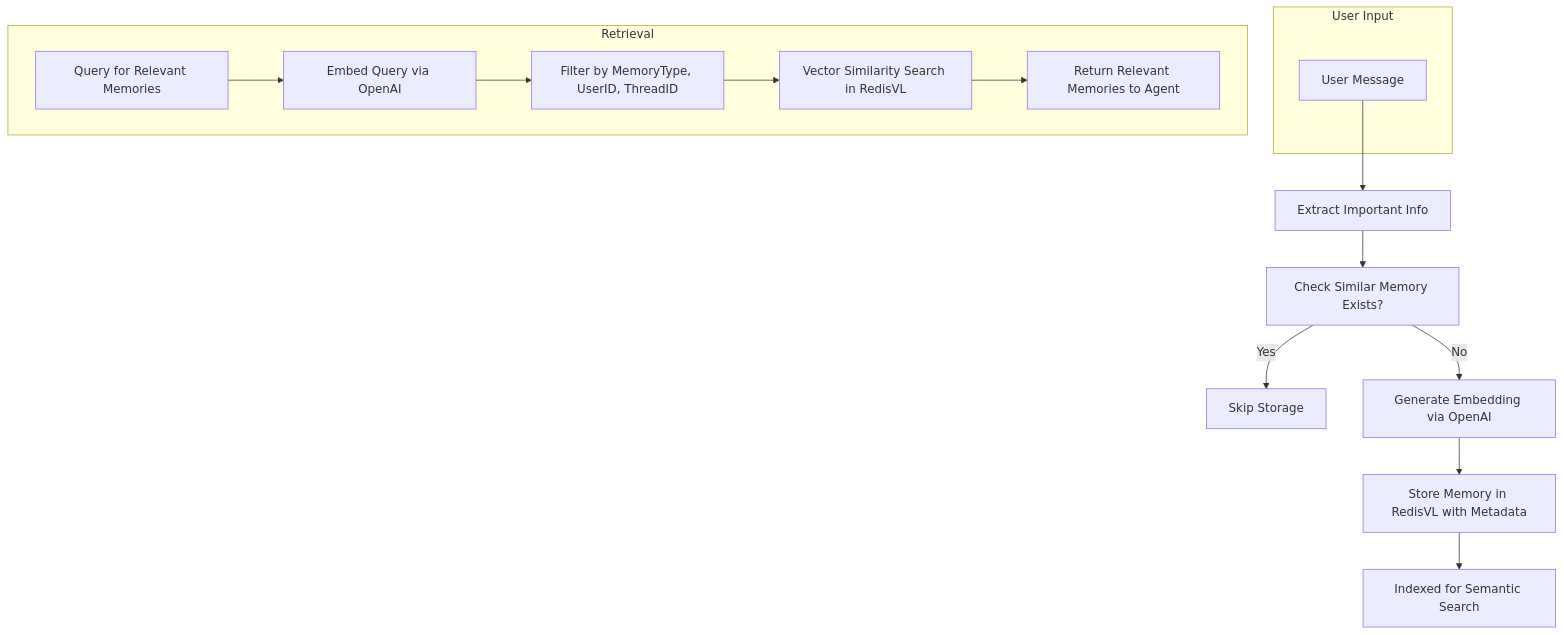
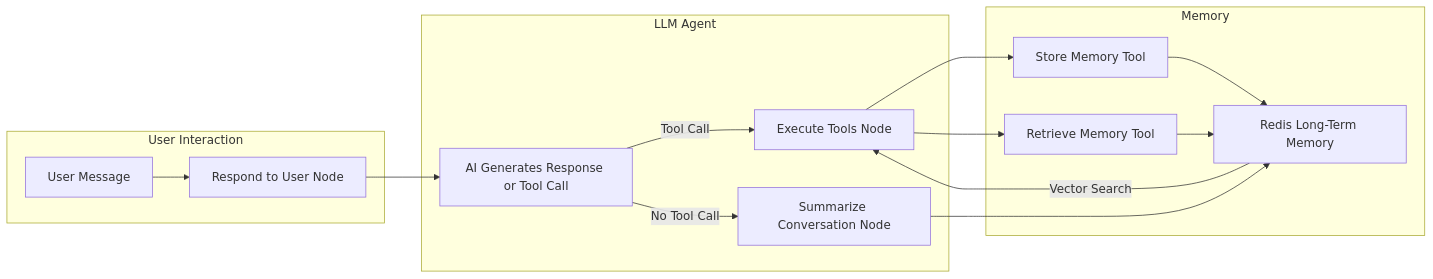
One commit to Tanujkumar24/travel-assistant-with-memory changed the second of 2 diagrams in README.md. Above: the diagram before and after it, drawn with Mermaid. The commit also changed other lines of this file, not shown here.

````diff
--- a/README.md
+++ b/README.md
@@ -72,21 +43,20 @@
 ```mermaid
-flowchart TD
-    subgraph User Input
-        Q[User Message]
+flowchart LR
+    subgraph User Interaction
+        A1[User Message] --> B1[Respond to User Node]
     end
 
-    Q --> E1[Extract Important Info]
-    E1 --> C1[Check Similar Memory Exists?]
-    C1 -->|Yes| SKIP[Skip Storage]
-    C1 -->|No| VEC[Generate Embedding via OpenAI]
-    VEC --> STORE[Store Memory in RedisVL with Metadata]
-    STORE --> INDEX[Indexed for Semantic Search]
-    
-    subgraph Retrieval
-        SEARCH[Query for Relevant Memories]
-        SEARCH --> EMB[Embed Query via OpenAI]
-        EMB --> FILTER[Filter by MemoryType, UserID, ThreadID]
-        FILTER --> MATCH[Vector Similarity Search in RedisVL]
-        MATCH --> RESULT[Return Relevant Memories to Agent]
+    subgraph LLM Agent
+        B1 --> C1[AI Generates Response or Tool Call]
+        C1 -->|Tool Call| D1[Execute Tools Node]
+        C1 -->|No Tool Call| E1[Summarize Conversation Node]
     end
+
+    subgraph Memory
+        D1 --> F1[Store Memory Tool] --> G1[Redis Long-Term Memory]
+        D1 --> H1[Retrieve Memory Tool] --> G1
+        E1 --> G1
+    end
+
+    G1 -->|Vector Search| D1
 ```
````
